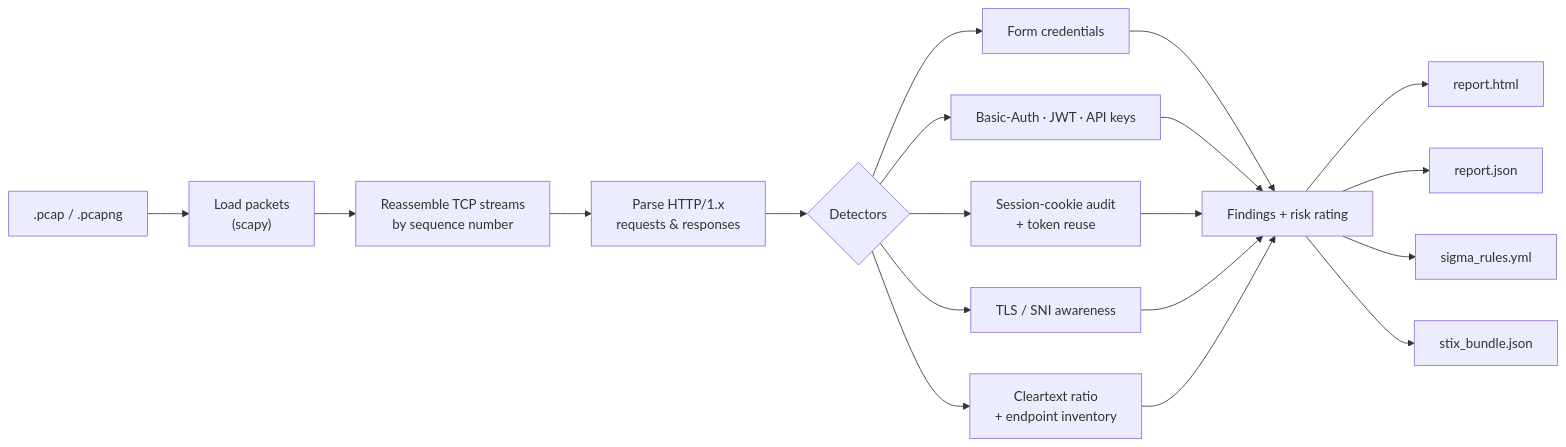
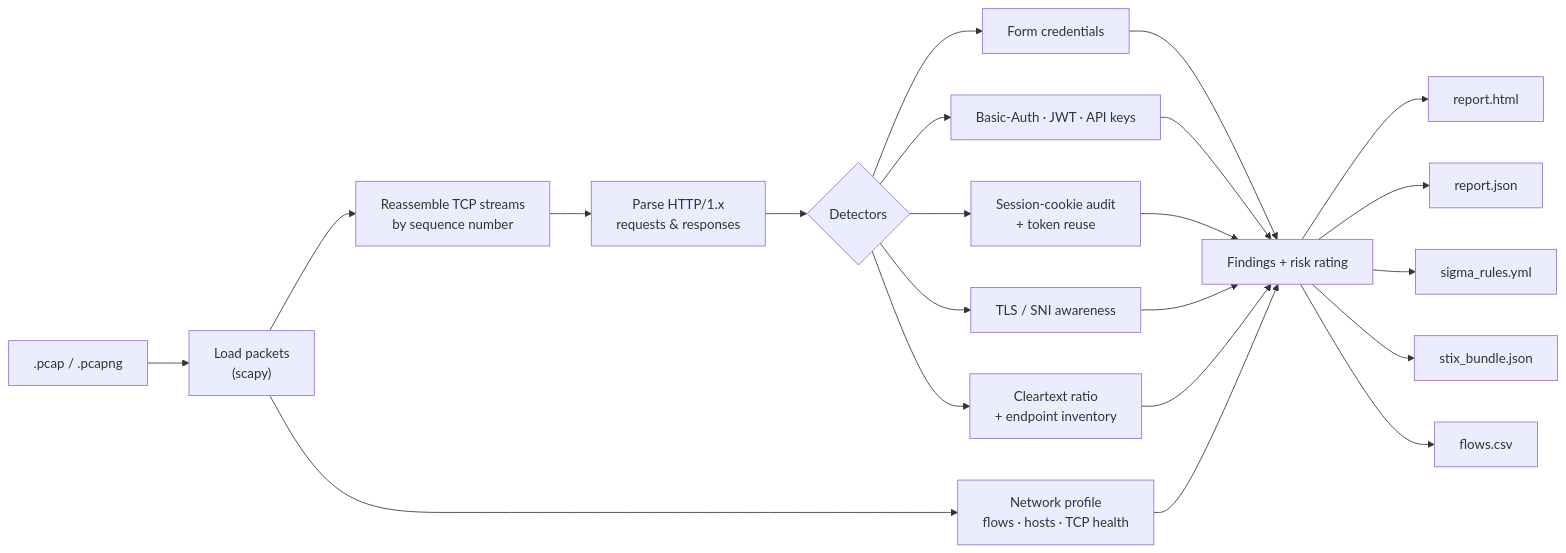
The first of 2 diagrams in README.md (zainabthaa/network-forensics-toolkit), drawn with Mermaid before and after one commit. The commit also changed other lines of this file and 2 other files, not shown here.

````diff
--- a/README.md
+++ b/README.md
@@ -64,17 +66,19 @@
 ```mermaid
 flowchart LR
     A[".pcap / .pcapng"] --> B["Load packets<br/>(scapy)"]
     B --> C["Reassemble TCP streams<br/>by sequence number"]
     C --> D["Parse HTTP/1.x<br/>requests & responses"]
     D --> E{"Detectors"}
     E --> E1["Form credentials"]
     E --> E2["Basic-Auth · JWT · API keys"]
     E --> E3["Session-cookie audit<br/>+ token reuse"]
     E --> E4["TLS / SNI awareness"]
     E --> E5["Cleartext ratio<br/>+ endpoint inventory"]
-    E1 & E2 & E3 & E4 & E5 --> F["Findings + risk rating"]
+    B --> E6["Network profile<br/>flows · hosts · TCP health"]
+    E1 & E2 & E3 & E4 & E5 & E6 --> F["Findings + risk rating"]
     F --> G1["report.html"]
     F --> G2["report.json"]
     F --> G3["sigma_rules.yml"]
     F --> G4["stix_bundle.json"]
+    F --> G5["flows.csv"]
 ```
````
